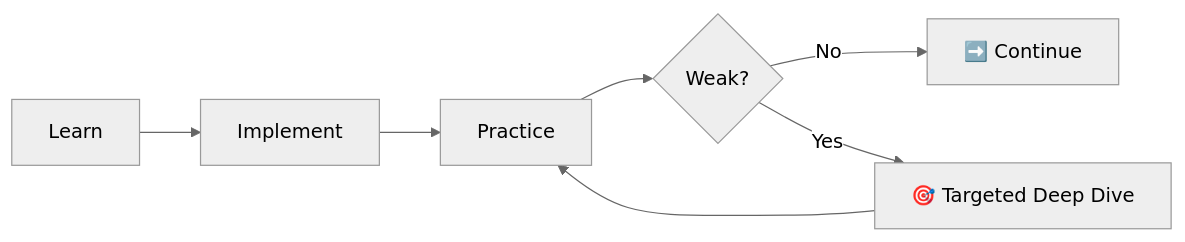
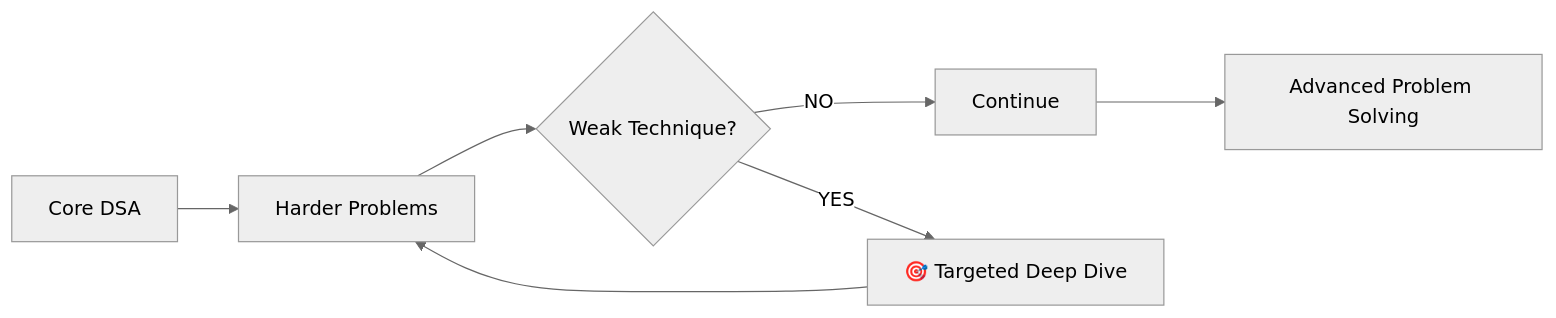
One commit to pavanganeshbhagathi/product-engineering-preparation changed the third of 7 diagrams in README.md. Above: the diagram before and after it, drawn with Mermaid (neutral theme). The commit also changed other lines of this file, not shown here.

First line of the commit message:
docs: refine product engineering roadmap and resources

````diff
--- a/README.md
+++ b/README.md
@@ -116,9 +136,9 @@
 ```mermaid
 flowchart LR
-    A["Learn"] --> B["Implement"]
-    B --> C["Practice"]
-    C --> D{"Weak?"}
-    D -->|No| E["➡️ Continue"]
-    D -->|Yes| F["🎯 Targeted Deep Dive"]
-    F --> C
+    A["Core DSA"] --> B["Harder Problems"]
+    B --> C{"Weak Technique?"}
+    C -->|NO| D["Continue"]
+    C -->|YES| E["🎯 Targeted Deep Dive"]
+    E --> B
+    D --> F["Advanced Problem Solving"]
 ```
````
